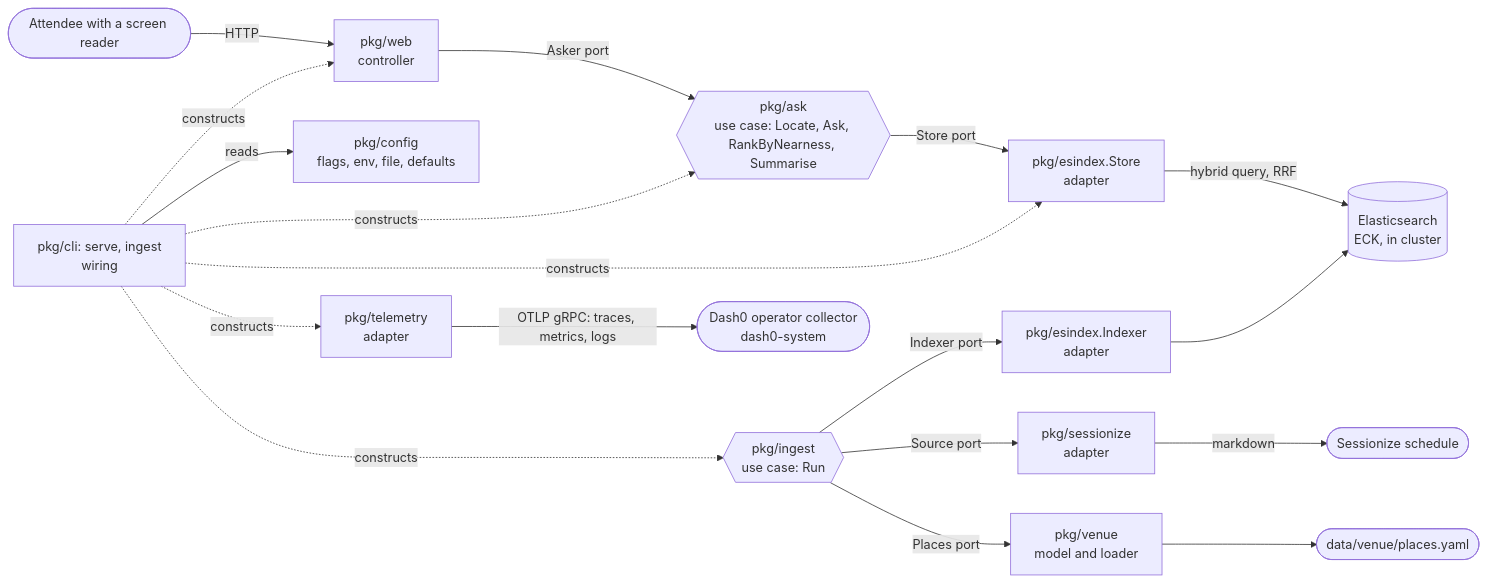
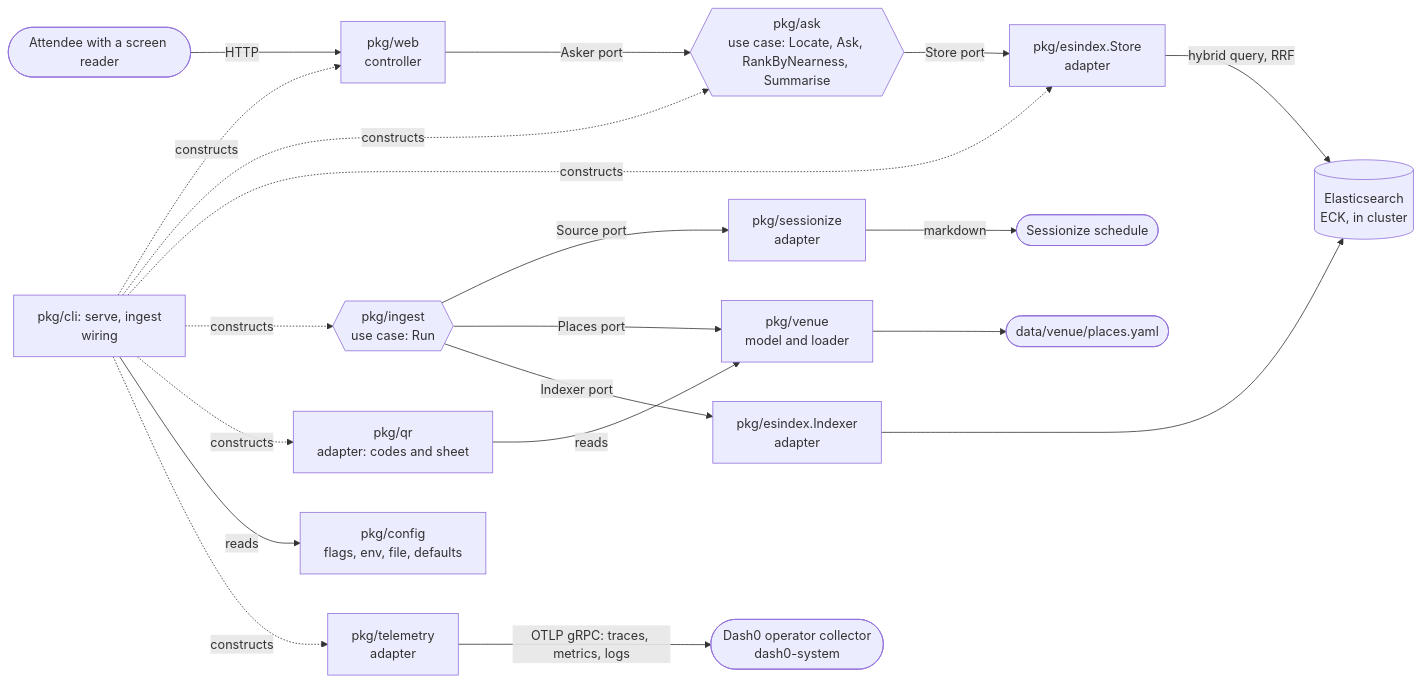
The first of 2 diagrams in docs/architecture.md (auroq/cnh), drawn with Mermaid before and after one commit. The commit also changed other lines of this file and 9 other files, not shown here.

````diff
--- a/docs/architecture.md
+++ b/docs/architecture.md
@@ -6,20 +6,22 @@
 ```mermaid
 flowchart LR
     attendee([Attendee with a screen reader]) -->|HTTP| web[pkg/web<br/>controller]
     web -->|Asker port| ask{{pkg/ask<br/>use case: Locate, Ask, RankByNearness, Summarise}}
     ask -->|Store port| esstore[pkg/esindex.Store<br/>adapter]
     esstore -->|hybrid query, RRF| es[(Elasticsearch<br/>ECK, in cluster)]
     ingest{{pkg/ingest<br/>use case: Run}} -->|Source port| sz[pkg/sessionize<br/>adapter]
     sz -->|markdown| sessionize([Sessionize schedule])
     ingest -->|Places port| venue[pkg/venue<br/>model and loader]
     venue --> yaml([data/venue/places.yaml])
     ingest -->|Indexer port| indexer[pkg/esindex.Indexer<br/>adapter]
     indexer --> es
     cli[pkg/cli: serve, ingest<br/>wiring] -.constructs.-> web
     cli -.constructs.-> ask
     cli -.constructs.-> esstore
     cli -.constructs.-> ingest
+    cli -.constructs.-> qr[pkg/qr<br/>adapter: codes and sheet]
+    qr -->|reads| venue
     cli -->|reads| config[pkg/config<br/>flags, env, file, defaults]
     cli -.constructs.-> tel[pkg/telemetry<br/>adapter]
     tel -->|OTLP gRPC: traces, metrics, logs| dash0([Dash0 operator collector<br/>dash0-system])
 ```
````
